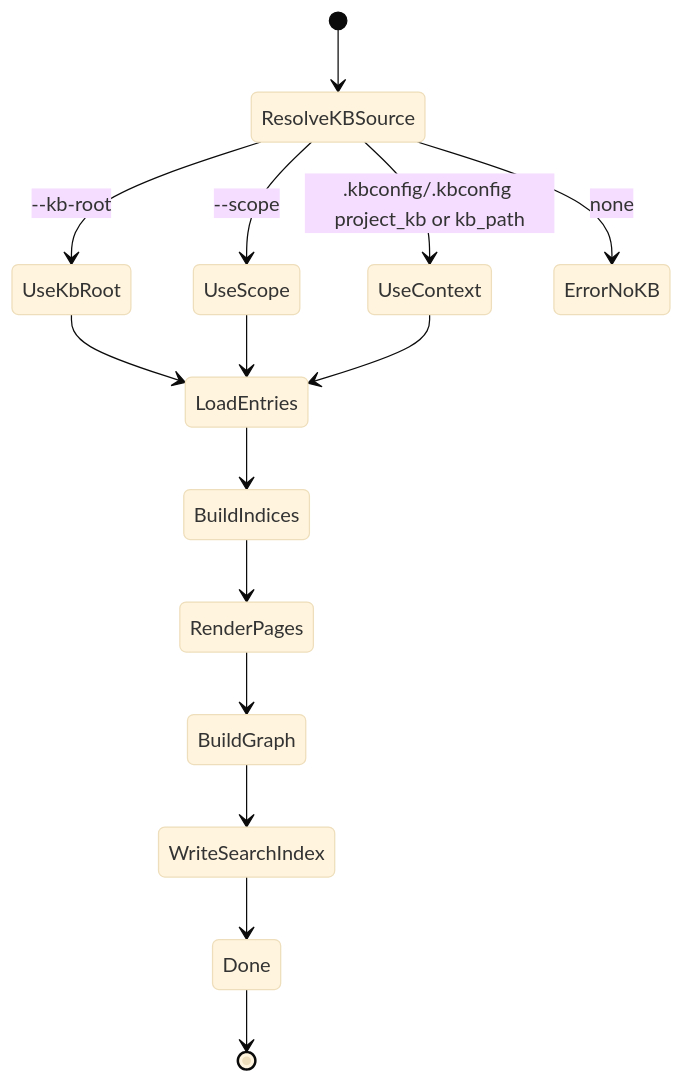
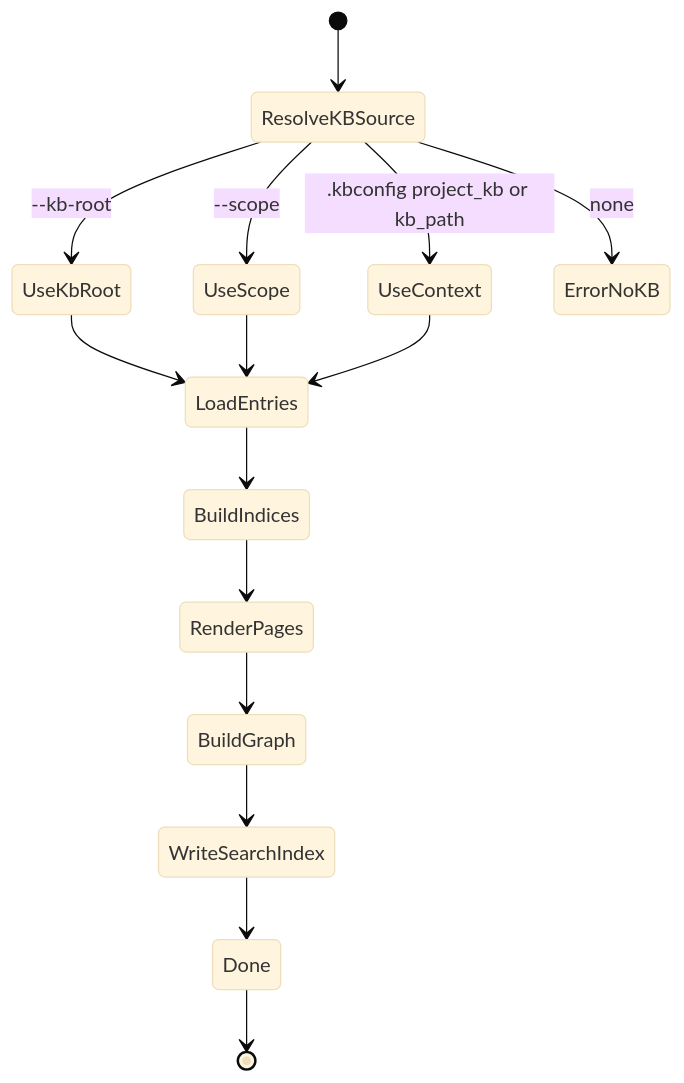
One commit to chriskd/memex-kb changed the tenth of 10 diagrams in kb/design/state-diagrams.md. Above: the diagram before and after it, drawn with Mermaid (base theme). The commit also changed other lines of this file and 27 other files, not shown here.

````diff
--- a/kb/design/state-diagrams.md
+++ b/kb/design/state-diagrams.md
@@ -154,17 +205,17 @@
 ```mermaid
 stateDiagram-v2
     [*] --> ResolveKBSource
     ResolveKBSource --> UseKbRoot: --kb-root
     ResolveKBSource --> UseScope: --scope
-    ResolveKBSource --> UseContext: .kbconfig/.kbconfig project_kb or kb_path
+    ResolveKBSource --> UseContext: .kbconfig project_kb or kb_path
     ResolveKBSource --> ErrorNoKB: none
     UseKbRoot --> LoadEntries
     UseScope --> LoadEntries
     UseContext --> LoadEntries
     LoadEntries --> BuildIndices
     BuildIndices --> RenderPages
     RenderPages --> BuildGraph
     BuildGraph --> WriteSearchIndex
     WriteSearchIndex --> Done
     Done --> [*]
 ```
````
